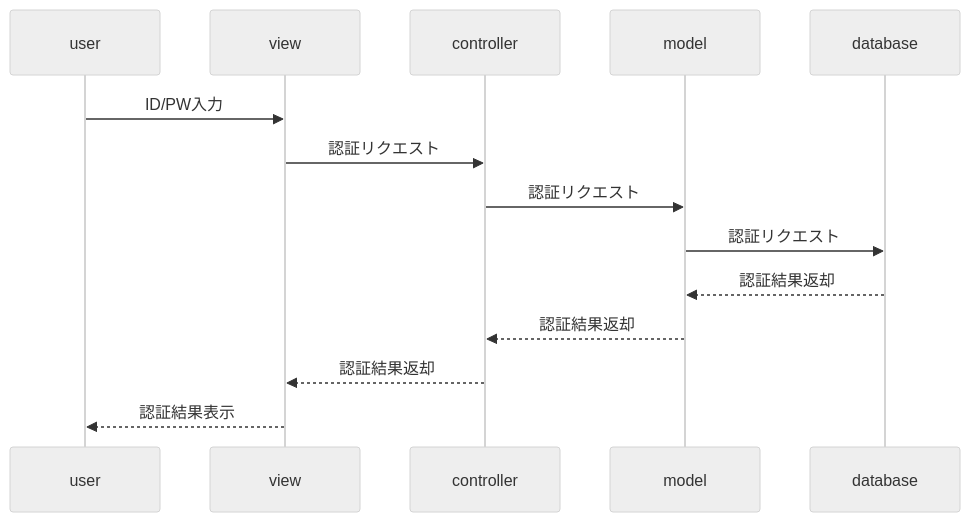
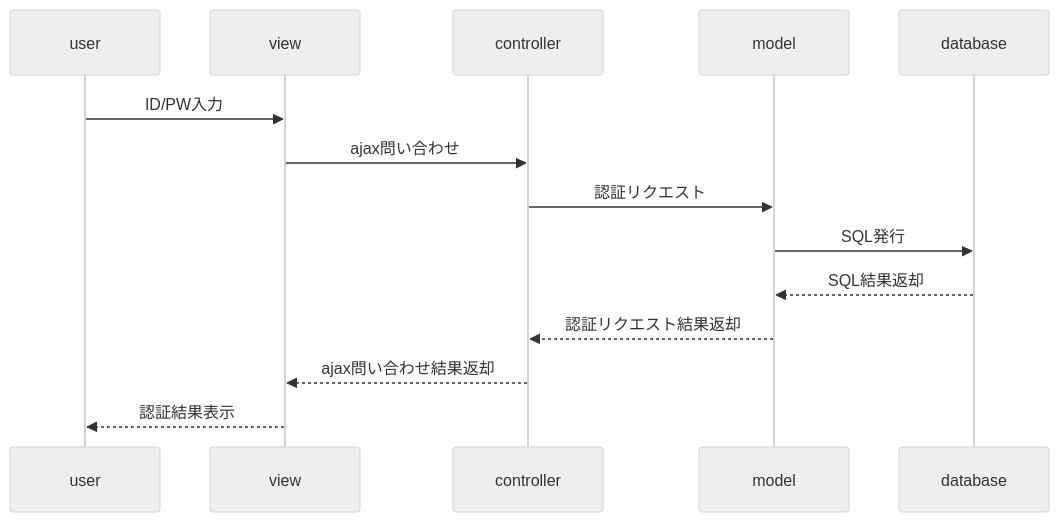
One commit to kenjinote/kenji.blog changed the third of 3 diagrams in content/posts/mermaid.jsを試してみる/index.md. Above: the diagram before and after it, drawn with Mermaid (neutral theme).

Commit message:
記事更新(mermaid)

```diff
--- a/content/posts/mermaid.jsを試してみる/index.md
+++ b/content/posts/mermaid.jsを試してみる/index.md
@@ -126,16 +126,16 @@
 {{<mermaid align="center">}}
 sequenceDiagram
     participant user
     participant view
     participant controller
     participant model
     participant database
     user->>view: ID/PW入力
-    view->>controller: 認証リクエスト
+    view->>controller: ajax問い合わせ
     controller->>model: 認証リクエスト
-    model->>database: 認証リクエスト
-    database-->>model: 認証結果返却
-    model-->>controller: 認証結果返却
-    controller-->>view: 認証結果返却
+    model->>database: SQL発行
+    database-->>model: SQL結果返却
+    model-->>controller: 認証リクエスト結果返却
+    controller-->>view: ajax問い合わせ結果返却
     view-->>user: 認証結果表示
 {{</mermaid>}}
```
